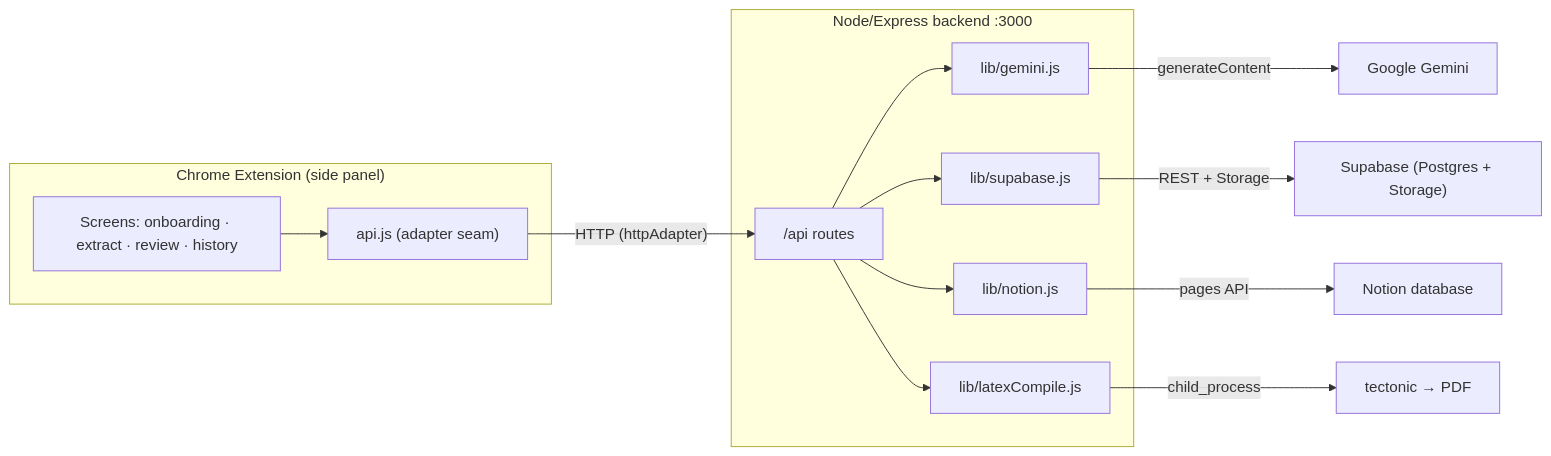
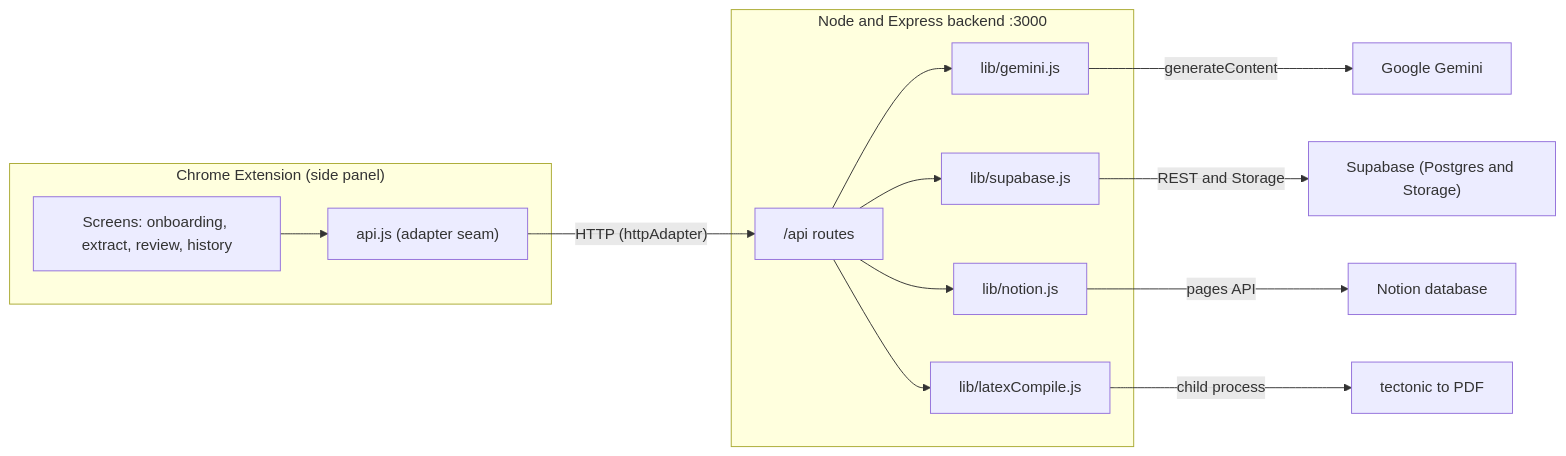
One commit to gmayank9999/FirSeCV changed the first of 2 diagrams in README.md. Above: the diagram before and after it, drawn with Mermaid. The commit also changed other lines of this file and 16 other files, not shown here.

````diff
--- a/README.md
+++ b/README.md
@@ -42,23 +42,23 @@
 ```mermaid
 flowchart LR
   subgraph Extension["Chrome Extension (side panel)"]
-    UI["Screens: onboarding · extract · review · history"]
+    UI["Screens: onboarding, extract, review, history"]
     API["api.js (adapter seam)"]
     UI --> API
   end
 
-  subgraph Backend["Node/Express backend :3000"]
+  subgraph Backend["Node and Express backend :3000"]
     Routes["/api routes"]
     G["lib/gemini.js"]
     S["lib/supabase.js"]
     N["lib/notion.js"]
     L["lib/latexCompile.js"]
     Routes --> G & S & N & L
   end
 
   API -- "HTTP (httpAdapter)" --> Routes
   G -- "generateContent" --> Gemini["Google Gemini"]
-  S -- "REST + Storage" --> Supabase["Supabase (Postgres + Storage)"]
+  S -- "REST and Storage" --> Supabase["Supabase (Postgres and Storage)"]
   N -- "pages API" --> Notion["Notion database"]
-  L -- "child_process" --> Tectonic["tectonic → PDF"]
+  L -- "child process" --> Tectonic["tectonic to PDF"]
 ```
````
